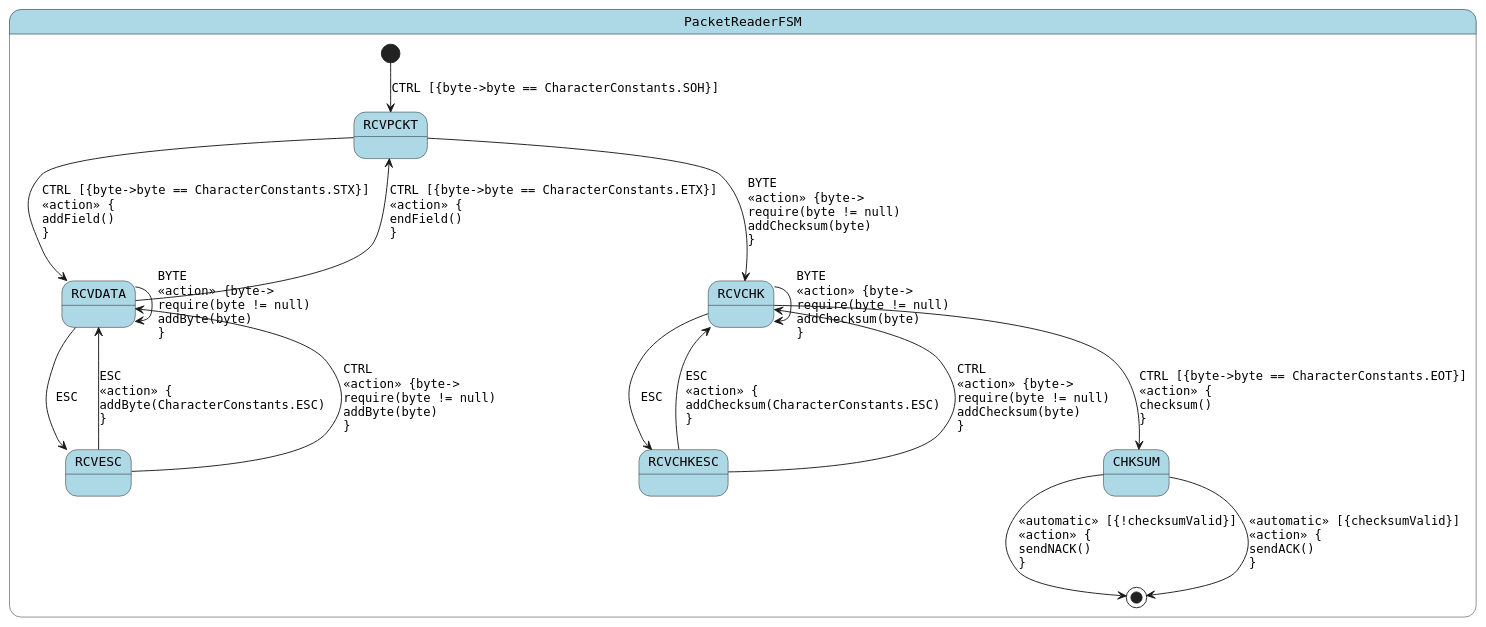
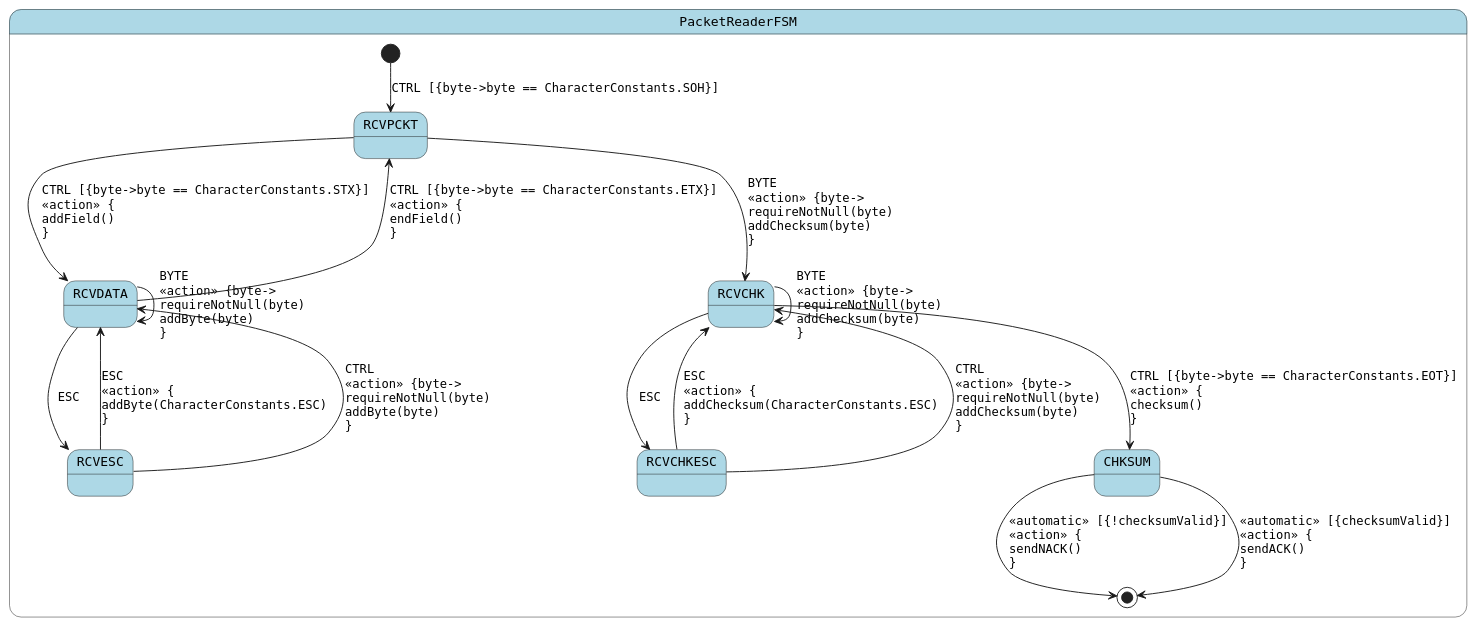
One commit to open-jumpco/kfsm changed the diagram in generated/packet-reader-detail.plantuml. Above: the diagram before and after it, drawn with PlantUML. The commit also changed 15 other files, not shown here.

```diff
--- a/generated/packet-reader-detail.plantuml
+++ b/generated/packet-reader-detail.plantuml
@@ -1,24 +1,24 @@
 @startuml
 skinparam StateFontName Helvetica
 skinparam defaultFontName Monospaced
 skinparam state {
     BackgroundColor LightBlue
 }
 state PacketReaderFSM {
 [*] --> RCVPCKT : CTRL [{byte->byte == CharacterConstants.SOH}]
 RCVPCKT --> RCVDATA : CTRL [{byte->byte == CharacterConstants.STX}]\l<<action>> {\laddField()\l}
-RCVPCKT --> RCVCHK : BYTE\l<<action>> {byte->\lrequire(byte != null)\laddChecksum(byte)\l}
-RCVDATA --> RCVDATA : BYTE\l<<action>> {byte->\lrequire(byte != null)\laddByte(byte)\l}
+RCVPCKT --> RCVCHK : BYTE\l<<action>> {byte->\lrequireNotNull(byte)\laddChecksum(byte)\l}
+RCVDATA --> RCVDATA : BYTE\l<<action>> {byte->\lrequireNotNull(byte)\laddByte(byte)\l}
 RCVDATA --> RCVPCKT : CTRL [{byte->byte == CharacterConstants.ETX}]\l<<action>> {\lendField()\l}
 RCVDATA --> RCVESC : ESC
 RCVESC --> RCVDATA : ESC\l<<action>> {\laddByte(CharacterConstants.ESC)\l}
-RCVESC --> RCVDATA : CTRL\l<<action>> {byte->\lrequire(byte != null)\laddByte(byte)\l}
-RCVCHK --> RCVCHK : BYTE\l<<action>> {byte->\lrequire(byte != null)\laddChecksum(byte)\l}
+RCVESC --> RCVDATA : CTRL\l<<action>> {byte->\lrequireNotNull(byte)\laddByte(byte)\l}
+RCVCHK --> RCVCHK : BYTE\l<<action>> {byte->\lrequireNotNull(byte)\laddChecksum(byte)\l}
 RCVCHK --> RCVCHKESC : ESC
 RCVCHK --> CHKSUM : CTRL [{byte->byte == CharacterConstants.EOT}]\l<<action>> {\lchecksum()\l}
 CHKSUM --> [*] : <<automatic>> [{!checksumValid}]\l<<action>> {\lsendNACK()\l}
 CHKSUM --> [*] : <<automatic>> [{checksumValid}]\l<<action>> {\lsendACK()\l}
 RCVCHKESC --> RCVCHK : ESC\l<<action>> {\laddChecksum(CharacterConstants.ESC)\l}
-RCVCHKESC --> RCVCHK : CTRL\l<<action>> {byte->\lrequire(byte != null)\laddChecksum(byte)\l}
+RCVCHKESC --> RCVCHK : CTRL\l<<action>> {byte->\lrequireNotNull(byte)\laddChecksum(byte)\l}
 }
 @enduml
```
